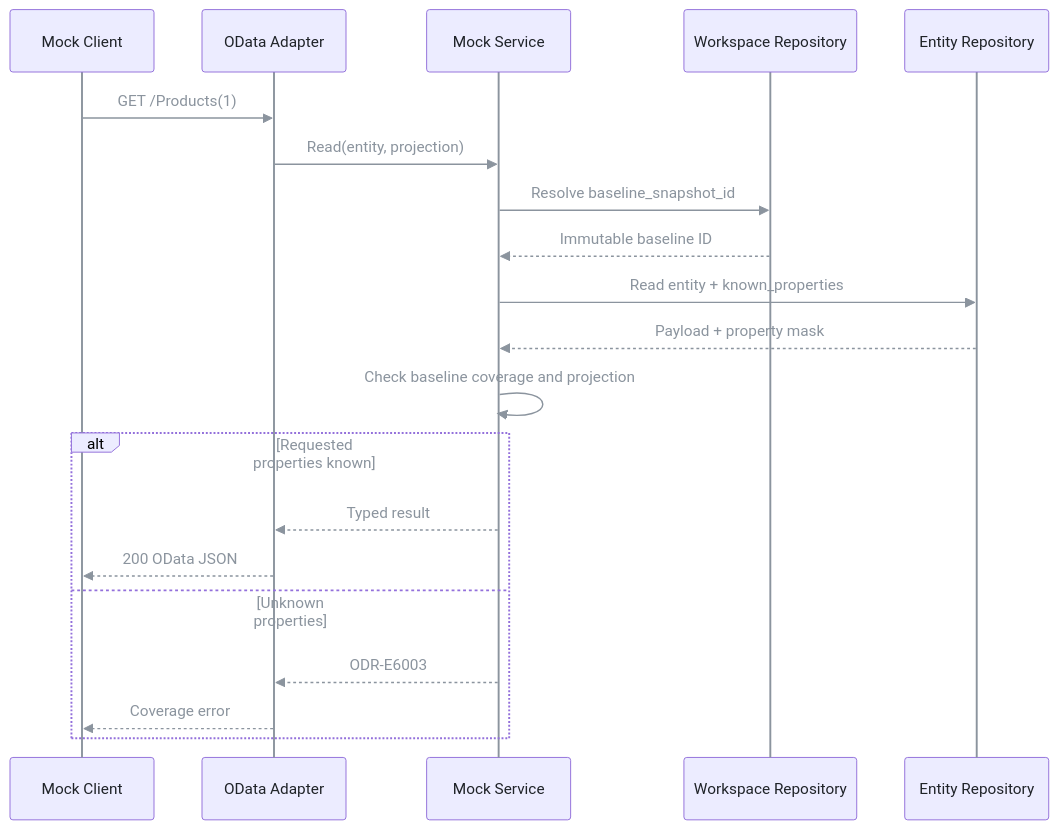
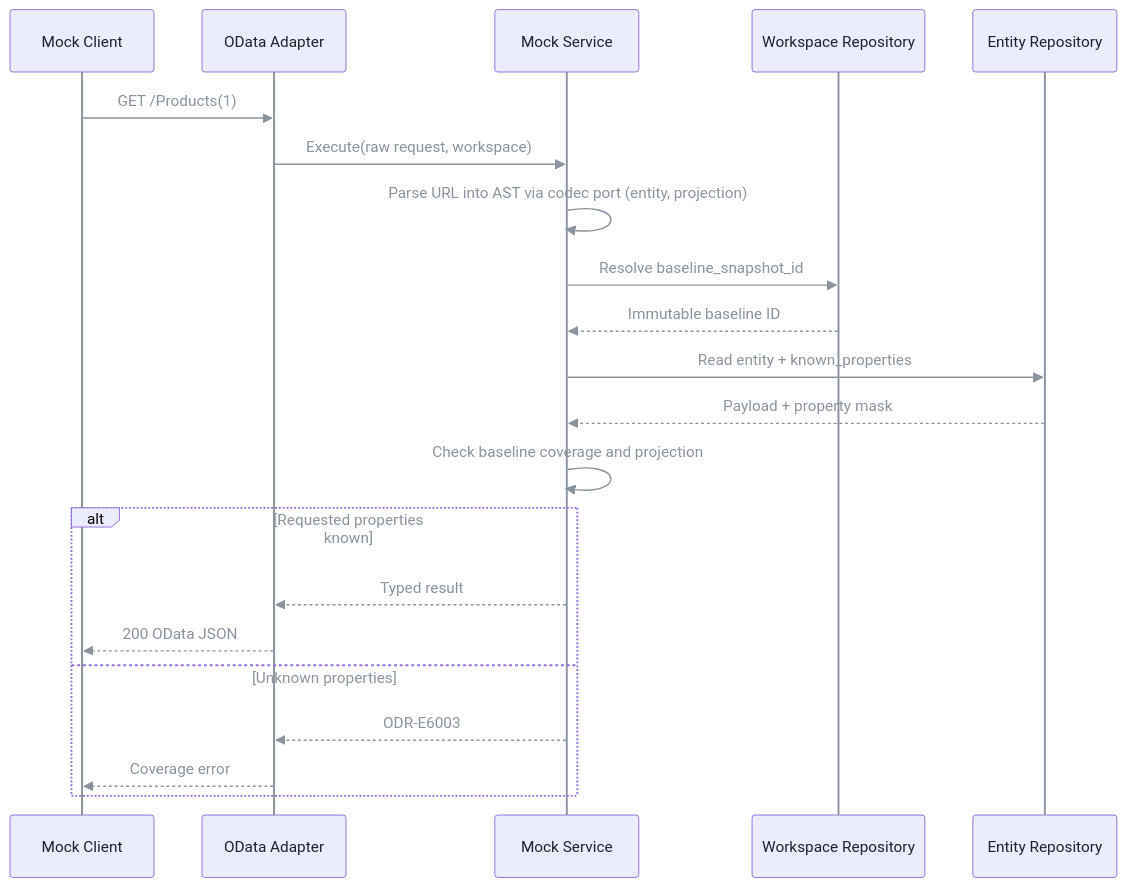
The ninth of 11 diagrams in spec/architecture.md (pt9912/odata-recorder), drawn with Mermaid before and after one commit. The commit also changed other lines of this file and 4 other files, not shown here.

````diff
--- a/spec/architecture.md
+++ b/spec/architecture.md
@@ -397,23 +411,24 @@
 ```mermaid
 %%{init: {'themeVariables': {'lineColor': '#8b949e', 'signalColor': '#8b949e', 'signalTextColor': '#8b949e', 'actorLineColor': '#8b949e', 'loopTextColor': '#8b949e', 'textColor': '#c9d1d9', 'primaryTextColor': '#1f2328', 'nodeTextColor': '#1f2328', 'actorTextColor': '#1f2328', 'noteTextColor': '#1f2328', 'edgeLabelBackground': '#30363d'}}}%%
 sequenceDiagram
     participant C as Mock Client
     participant H as OData Adapter
     participant M as Mock Service
     participant W as Workspace Repository
     participant E as Entity Repository
     C->>H: GET /Products(1)
-    H->>M: Read(entity, projection)
+    H->>M: Execute(raw request, workspace)
+    M->>M: Parse URL into AST via codec port (entity, projection)
     M->>W: Resolve baseline_snapshot_id
     W-->>M: Immutable baseline ID
     M->>E: Read entity + known_properties
     E-->>M: Payload + property mask
     M->>M: Check baseline coverage and projection
     alt Requested properties known
       M-->>H: Typed result
       H-->>C: 200 OData JSON
     else Unknown properties
       M-->>H: ODR-E6003
       H-->>C: Coverage error
     end
 ```
````
